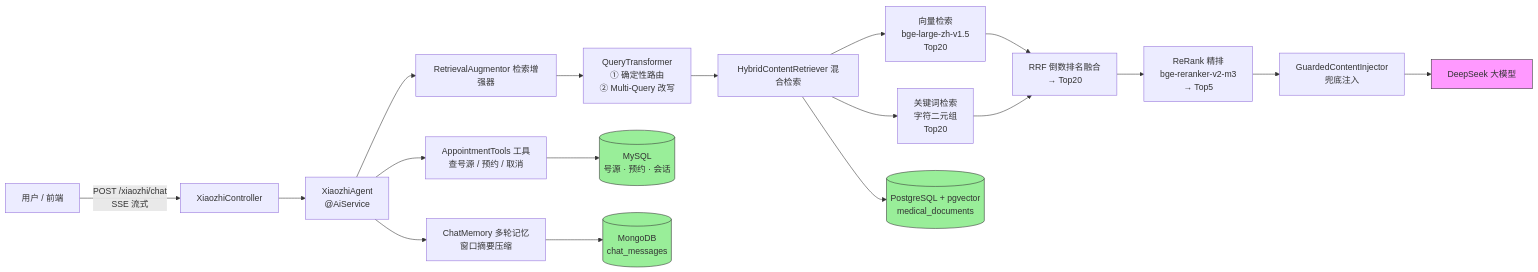
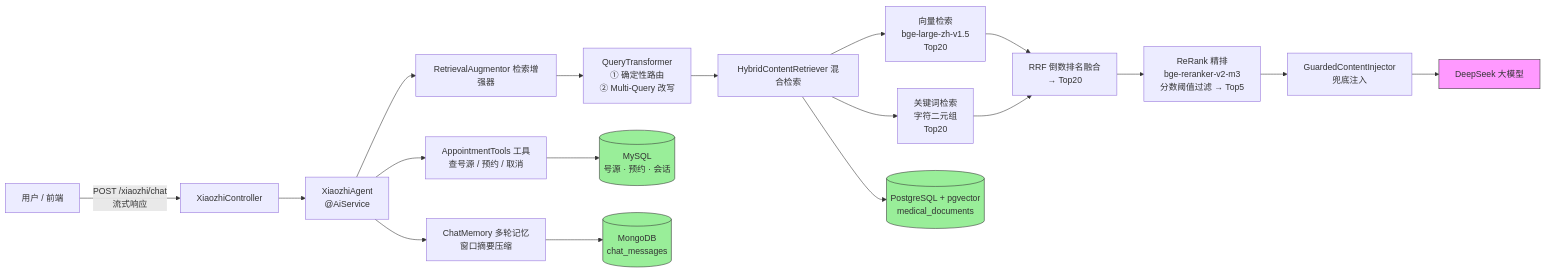
Before and after one commit to csueybgk/xiaozhiAgent: the diagram in README.md, drawn with Mermaid. The commit also changed other lines of this file and 2 other files, not shown here.

````diff
--- a/README.md
+++ b/README.md
@@ -40,25 +41,25 @@
 ```mermaid
 flowchart LR
-    U[用户 / 前端] -->|POST /xiaozhi/chat<br>SSE 流式| C[XiaozhiController]
+    U[用户 / 前端] -->|POST /xiaozhi/chat<br>流式响应| C[XiaozhiController]
     C --> A["XiaozhiAgent<br>@AiService"]
     A --> M[ChatMemory 多轮记忆<br>窗口摘要压缩]
     A --> RA[RetrievalAugmentor 检索增强器]
     RA --> QT[QueryTransformer<br>① 确定性路由<br>② Multi-Query 改写]
     QT --> HR[HybridContentRetriever 混合检索]
     HR --> V[向量检索<br>bge-large-zh-v1.5<br>Top20]
     HR --> K[关键词检索<br>字符二元组<br>Top20]
     V --> RRF[RRF 倒数排名融合<br>→ Top20]
     K --> RRF
-    RRF --> RR["ReRank 精排<br>bge-reranker-v2-m3<br>→ Top5"]
+    RRF --> RR["ReRank 精排<br>bge-reranker-v2-m3<br>分数阈值过滤 → Top5"]
     RR --> GI[GuardedContentInjector<br>兜底注入]
     GI --> LLM[DeepSeek 大模型]
     A --> T[AppointmentTools 工具<br>查号源 / 预约 / 取消]
     T --> MY[(MySQL<br>号源 · 预约 · 会话)]
     HR --> PGV[(PostgreSQL + pgvector<br>medical_documents)]
     M --> MG[(MongoDB<br>chat_messages)]
 
     style LLM fill:#f9f,stroke:#333,stroke-width:1px
     style MY fill:#9e9,stroke:#333,stroke-width:1px
     style PGV fill:#9e9,stroke:#333,stroke-width:1px
     style MG fill:#9e9,stroke:#333,stroke-width:1px
 ```
````
